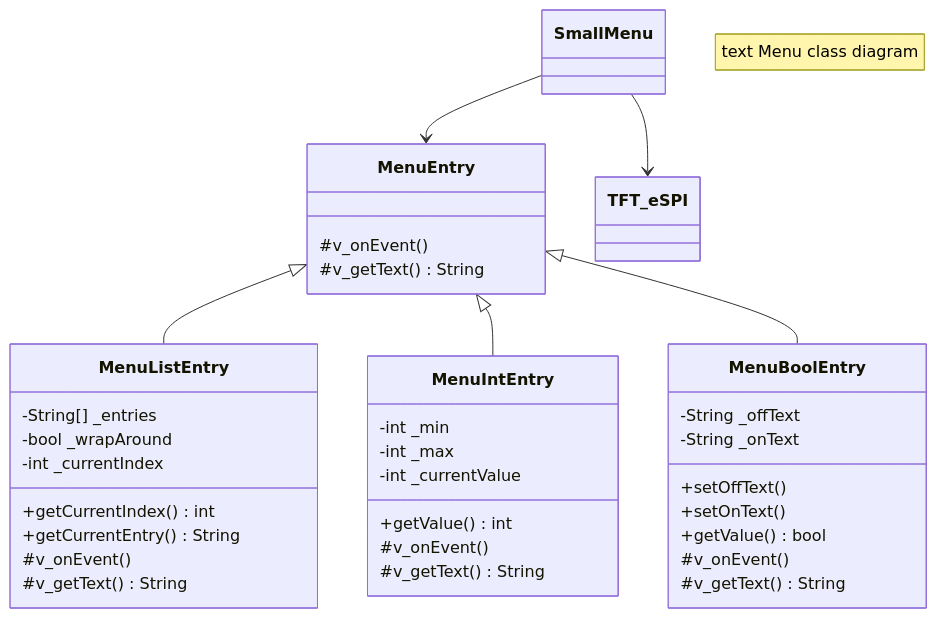
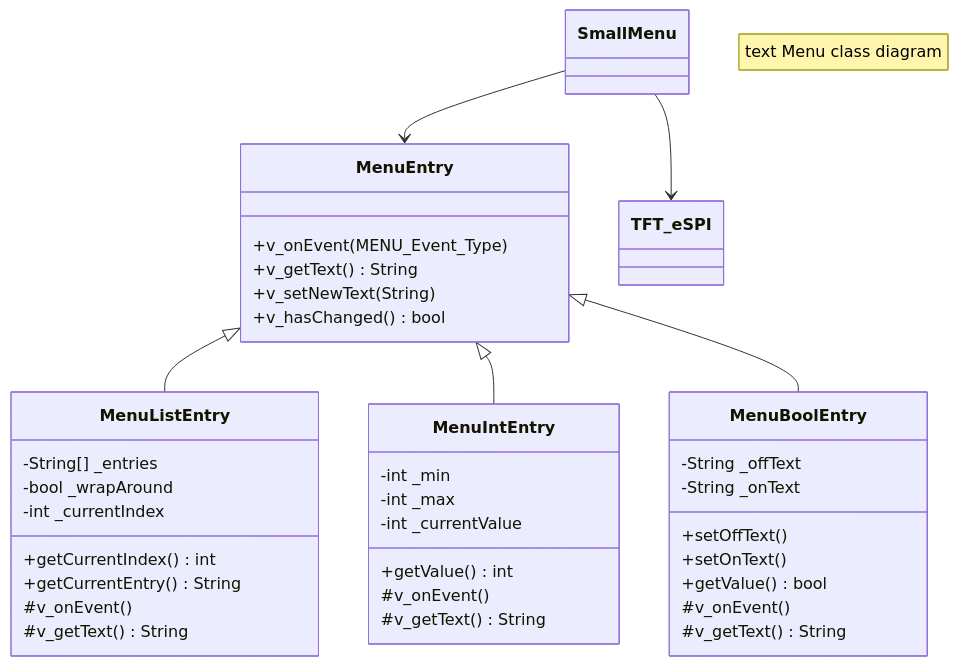
One commit to MonkeyCodeMen/ULC-Pico-C-Code changed the diagram in lib/SmallMenu/Readme.md. Above: the diagram before and after it, drawn with Mermaid. The commit also changed 14 other files, not shown here.

```diff
--- a/lib/SmallMenu/Readme.md
+++ b/lib/SmallMenu/Readme.md
@@ -1,50 +1,52 @@
 :::mermaid
 classDiagram
     note "text Menu class diagram"
     MenuEntry <|-- MenuListEntry
     MenuEntry <|-- MenuIntEntry
     MenuEntry <|-- MenuBoolEntry
     SmallMenu --> MenuEntry
     SmallMenu --> TFT_eSPI
 
 
     class MenuEntry{
-        #v_onEvent()
-        #v_getText() String
+        +v_onEvent(MENU_Event_Type)
+        +v_getText() String
+        +v_setNewText(String)
+        +v_hasChanged() bool
     }
 
     class MenuIntEntry{
         -int _min
         -int _max
         -int _currentValue
 
         +getValue() int
 
         #v_onEvent()
         #v_getText() String
     }
 
     class MenuBoolEntry{
         -String _offText
         -String _onText
 
         +setOffText()
         +setOnText()
         +getValue() bool
 
         #v_onEvent()
         #v_getText() String
     }
 
     class MenuListEntry{
         -String[] _entries
         -bool     _wrapAround
         -int      _currentIndex
 
         +getCurrentIndex() int
         +getCurrentEntry() String
         
         #v_onEvent()
         #v_getText() String
     }
 :::
```
